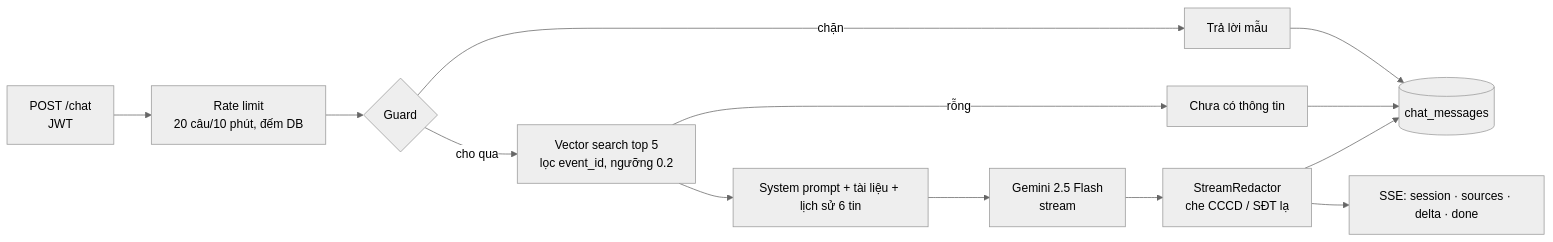
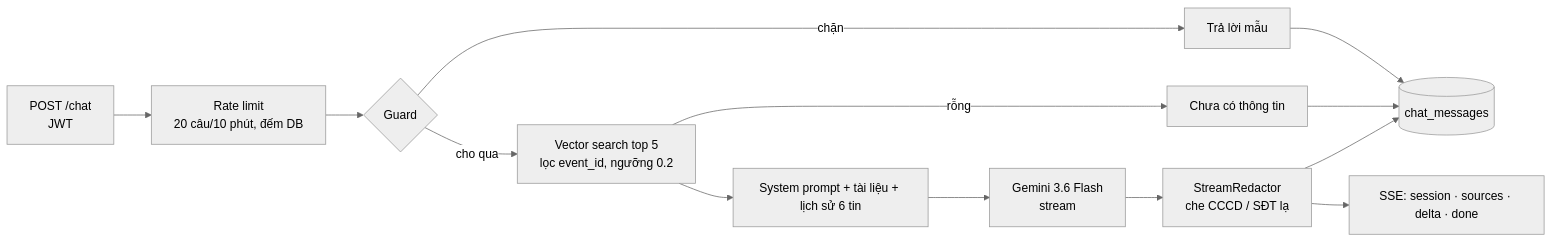
Before and after one commit to kimmttrung/teambuilding-portal: the diagram in docs/06-rag-chatbot.md, drawn with Mermaid (neutral theme). The commit also changed other lines of this file and 4 other files, not shown here.

Commit message:
docs(rag): switch to gemini-3.6-flash and add docker troubleshooting

````diff
--- a/docs/06-rag-chatbot.md
+++ b/docs/06-rag-chatbot.md
@@ -28,13 +28,13 @@
 ```mermaid
 flowchart LR
     Q[POST /chat<br/>JWT] --> RL[Rate limit<br/>20 câu/10 phút, đếm DB]
     RL --> G{Guard}
     G -- chặn --> R1[Trả lời mẫu] --> SAVE
     G -- cho qua --> S[Vector search top 5<br/>lọc event_id, ngưỡng 0.2]
     S -- rỗng --> R2["Chưa có thông tin"] --> SAVE
     S --> P[System prompt + tài liệu + lịch sử 6 tin]
-    P --> AI[Gemini 2.5 Flash<br/>stream]
+    P --> AI[Gemini 3.6 Flash<br/>stream]
     AI --> X[StreamRedactor<br/>che CCCD / SĐT lạ]
     X --> SSE[SSE: session · sources · delta · done]
     X --> SAVE[(chat_messages)]
 ```
````
